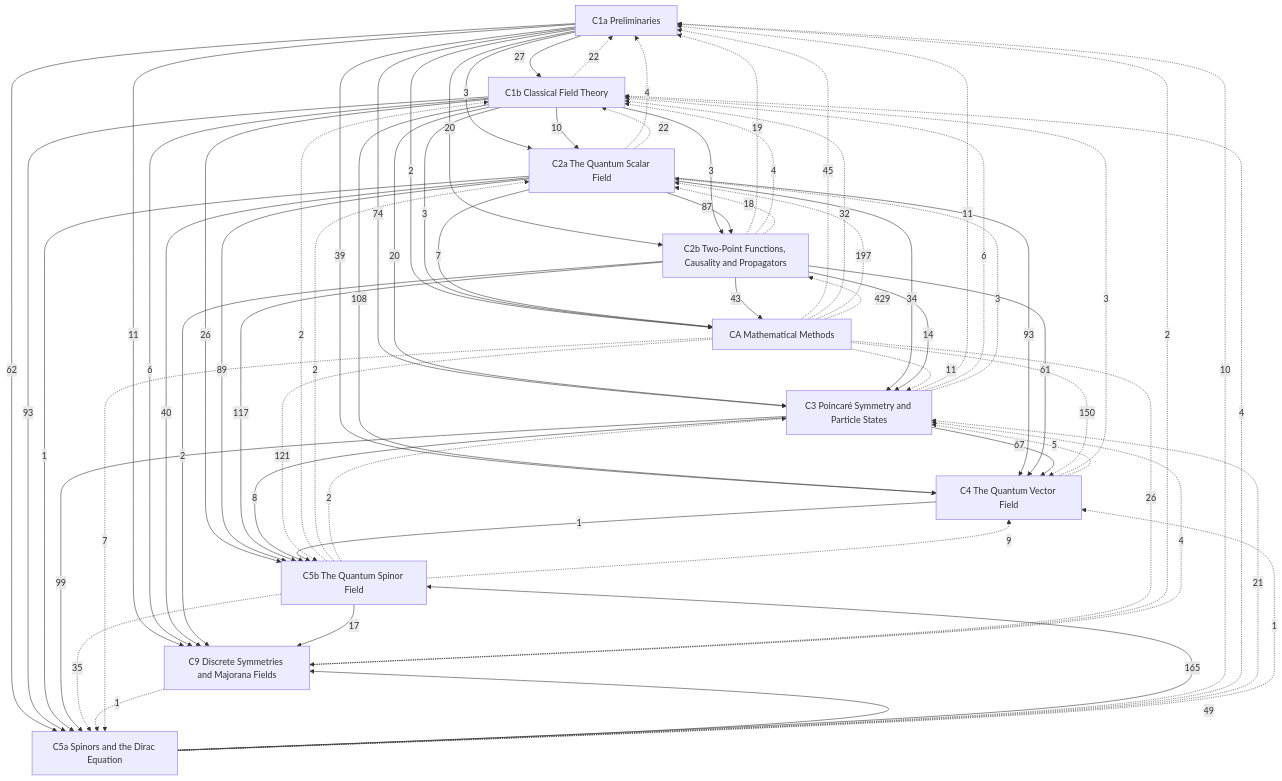
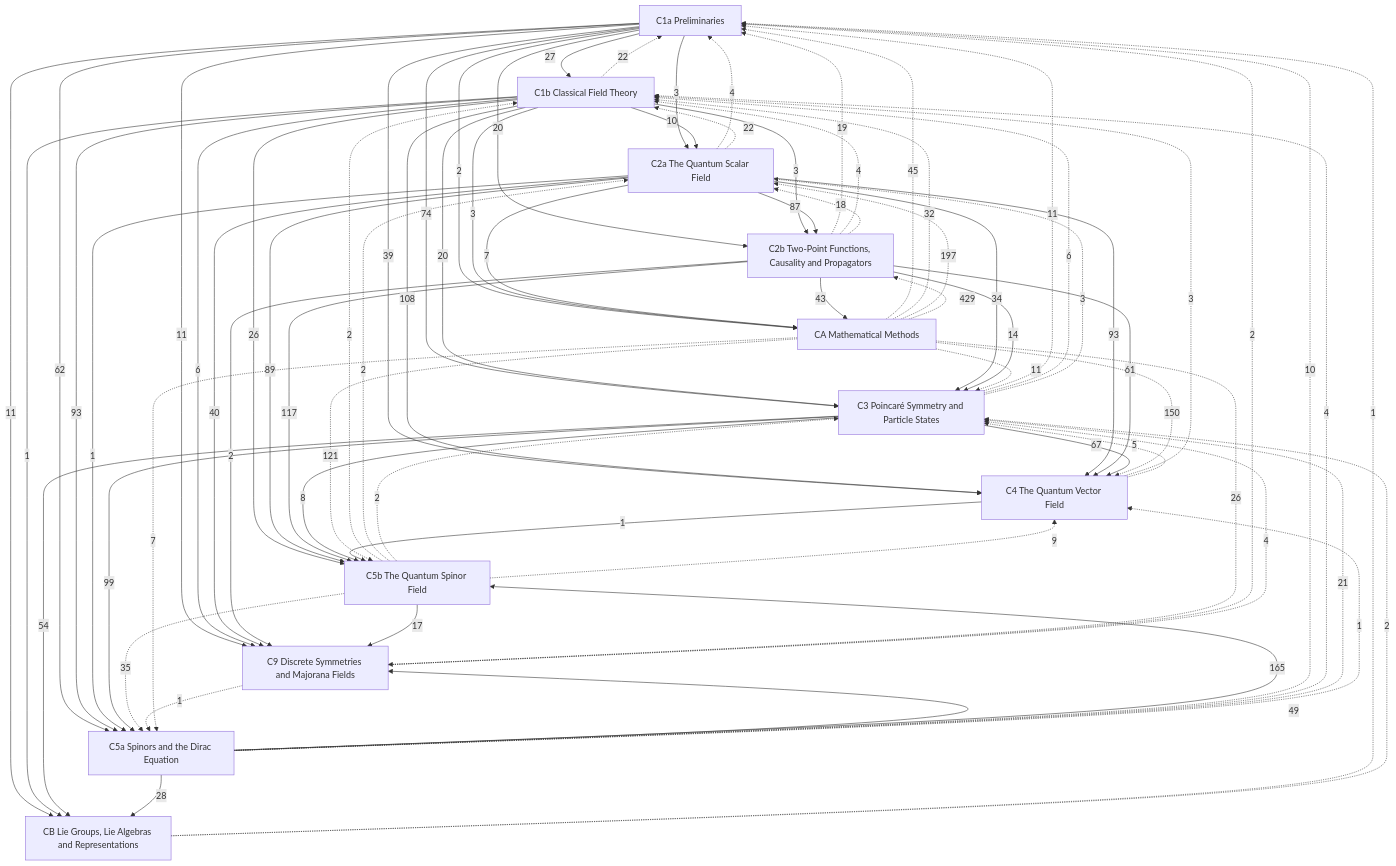
The diagram in Physics/Quantum Field Theory/Quantum Field Theory.md (Onion20040508/notes), drawn with Mermaid before and after one commit. The commit also changed other lines of this file and 57 other files, not shown here.

```diff
--- a/Physics/Quantum Field Theory/Quantum Field Theory.md
+++ b/Physics/Quantum Field Theory/Quantum Field Theory.md
@@ -38,6 +39,7 @@
   C5b["C5b The Quantum Spinor Field"]
   C9["C9 Discrete Symmetries and Majorana Fields"]
   CA["CA Mathematical Methods"]
+  CB["CB Lie Groups, Lie Algebras and Representations"]
   C1a -->|27| C1b
   C1a -->|3| C2a
   C1b -->|10| C2a
@@ -73,6 +75,10 @@
   C1b -->|3| CA
   C2a -->|7| CA
   C2b -->|43| CA
+  C1a -->|11| CB
+  C1b -->|1| CB
+  C3 -->|54| CB
+  C5a -->|28| CB
   C1b -.->|22| C1a
   C2a -.->|4| C1a
   C2b -.->|19| C1a
@@ -80,6 +86,7 @@
   C5a -.->|10| C1a
   C9 -.->|2| C1a
   CA -.->|45| C1a
+  CB -.->|1| C1a
   C2a -.->|22| C1b
   C2b -.->|4| C1b
   C3 -.->|6| C1b
@@ -97,6 +104,7 @@
   C5b -.->|2| C3
   C9 -.->|4| C3
   CA -.->|11| C3
+  CB -.->|2| C3
   C5a -.->|1| C4
   C5b -.->|9| C4
   CA -.->|150| C4
```
